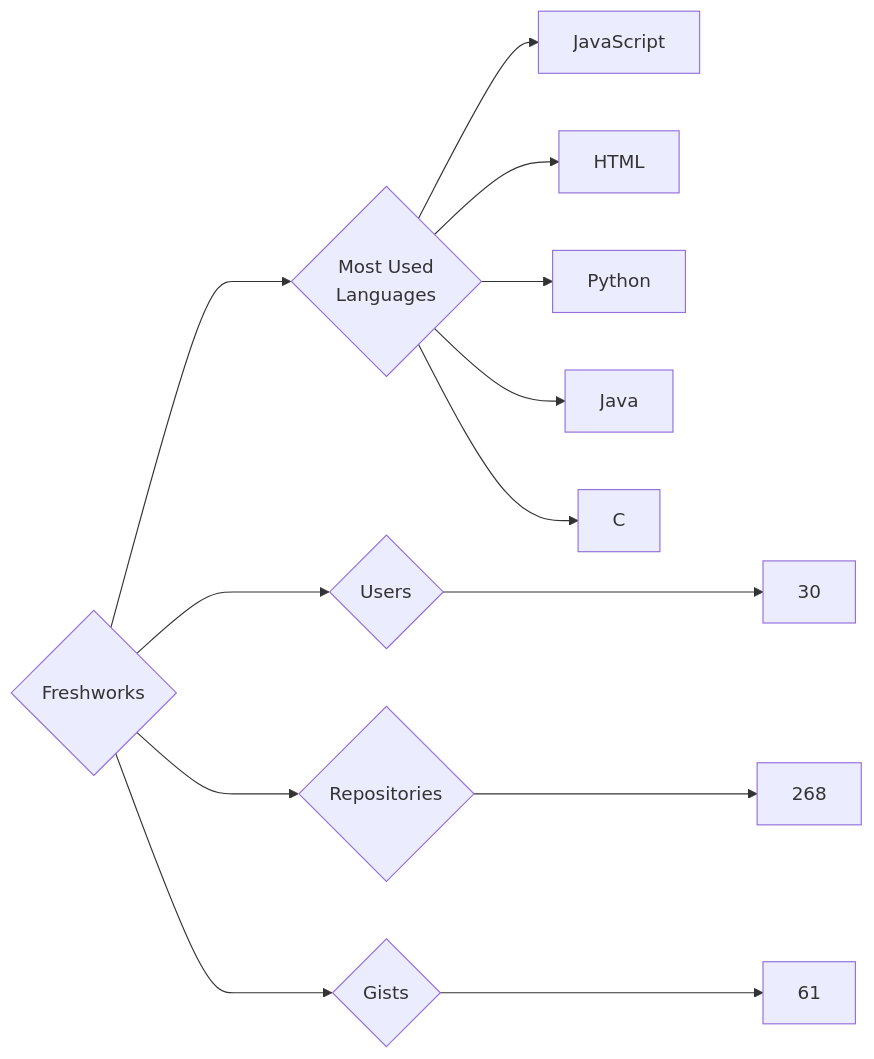
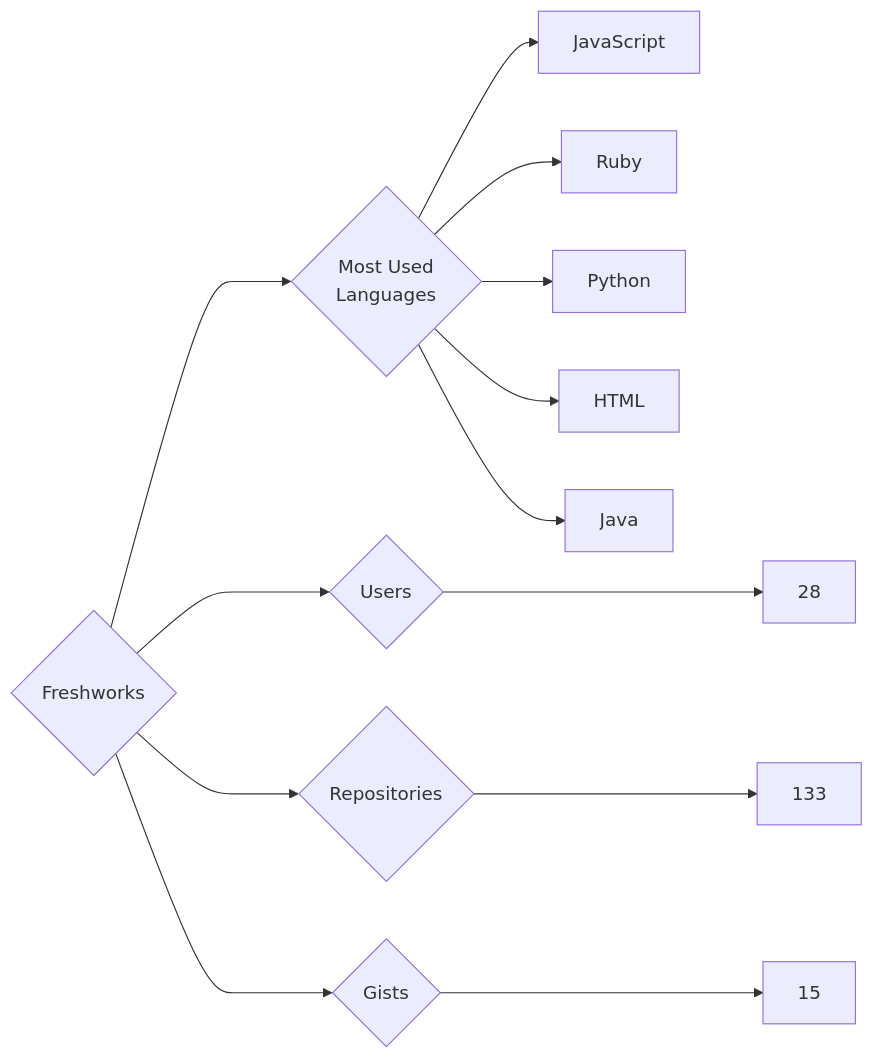
Before and after one commit to trickest/insiders: the diagram in targets/Freshworks/README.md, drawn with Mermaid. The commit also changed 782 other files, not shown here.

````diff
--- a/targets/Freshworks/README.md
+++ b/targets/Freshworks/README.md
@@ -3,13 +3,13 @@
 ```mermaid
 graph LR
 COMPANY_NAME{Freshworks}
-COMPANY_NAME ---> U{Users} ---> UN[30]
-COMPANY_NAME ---> R{Repositories} ---> RN[268]
-COMPANY_NAME ---> G{Gists} ---> GN[61]
+COMPANY_NAME ---> U{Users} ---> UN[28]
+COMPANY_NAME ---> R{Repositories} ---> RN[133]
+COMPANY_NAME ---> G{Gists} ---> GN[15]
 COMPANY_NAME ---> ML{Most Used<br>Languages}
 ML --> JavaScript[JavaScript]
+ML --> Ruby[Ruby]
+ML --> Python[Python]
 ML --> HTML[HTML]
-ML --> Python[Python]
 ML --> Java[Java]
-ML --> C[C]
 ```
````
